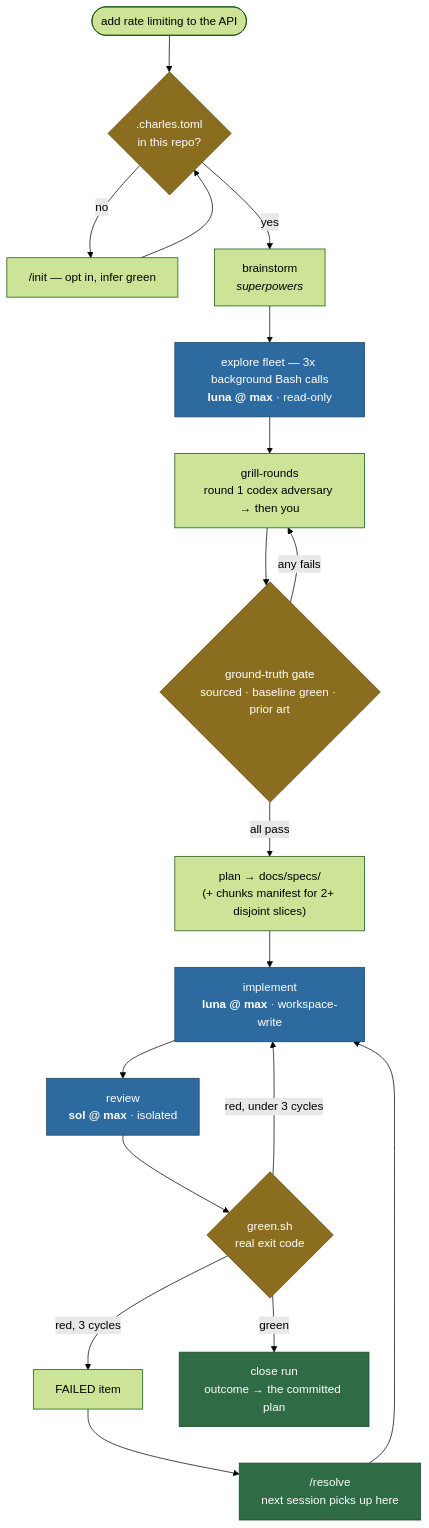
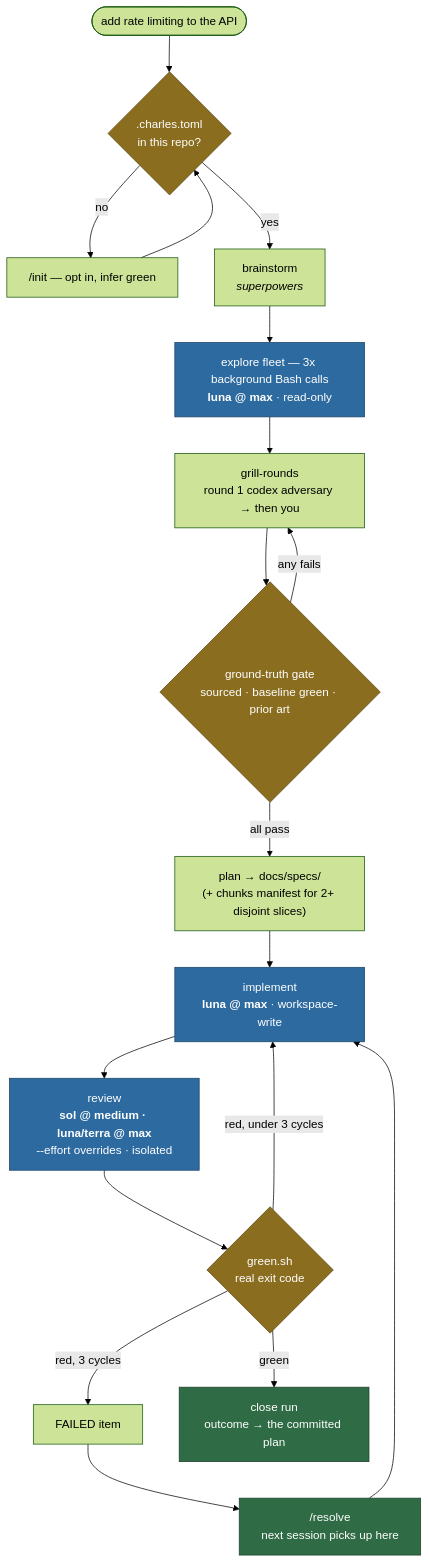
The first of 2 diagrams in README.md (charlesdr13/charlesdr-dev-loop), drawn with Mermaid (forest theme) before and after one commit. The commit also changed other lines of this file and 6 other files, not shown here.

First line of the commit message:
Pick review effort from the reviewing model, not a flat default

````diff
--- a/README.md
+++ b/README.md
@@ -21,31 +21,31 @@
 ```mermaid
 flowchart TD
     REQ(["add rate limiting to the API"]) --> GATE{".charles.toml<br/>in this repo?"}
     GATE -->|no| INIT["/init — opt in, infer green"]
     INIT --> GATE
     GATE -->|yes| BRAIN["brainstorm<br/><i>superpowers</i>"]
 
     BRAIN --> EXP["explore fleet — 3x background Bash calls<br/><b>luna @ max</b> · read-only"]
     EXP --> GRILL["grill-rounds<br/>round 1 codex adversary → then you"]
     GRILL --> TRUTH{"ground-truth gate<br/>sourced · baseline green · prior art"}
     TRUTH -->|any fails| GRILL
     TRUTH -->|all pass| PLAN["plan → docs/specs/<br/>(+ chunks manifest for 2+ disjoint slices)"]
 
     PLAN --> IMPL["implement<br/><b>luna @ max</b> · workspace-write"]
-    IMPL --> REV["review<br/><b>sol @ max</b> · isolated"]
+    IMPL --> REV["review<br/><b>sol @ medium · luna/terra @ max</b><br/>--effort overrides · isolated"]
     REV --> GREEN{"green.sh<br/>real exit code"}
 
     GREEN -->|"red, under 3 cycles"| IMPL
     GREEN -->|"red, 3 cycles"| FAILED["FAILED item"]
     GREEN -->|green| CLOSE["close run<br/>outcome → the committed plan"]
 
     FAILED --> RESOLVE["/resolve<br/>next session picks up here"]
     RESOLVE --> IMPL
 
     classDef lane fill:#2d6a9f,stroke:#1b4368,color:#fff
     classDef gate fill:#8a6d1f,stroke:#5c4813,color:#fff
     classDef term fill:#2f6b45,stroke:#1c4029,color:#fff
     class EXP,IMPL,REV lane
     class GATE,TRUTH,GREEN gate
     class CLOSE,RESOLVE term
 ```
````
